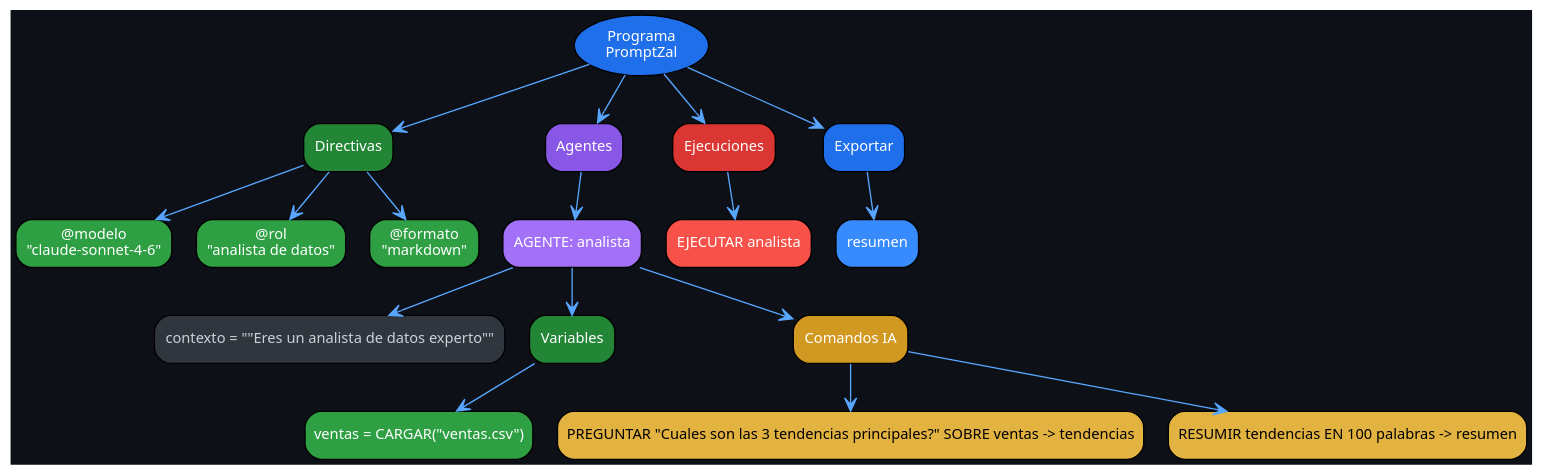
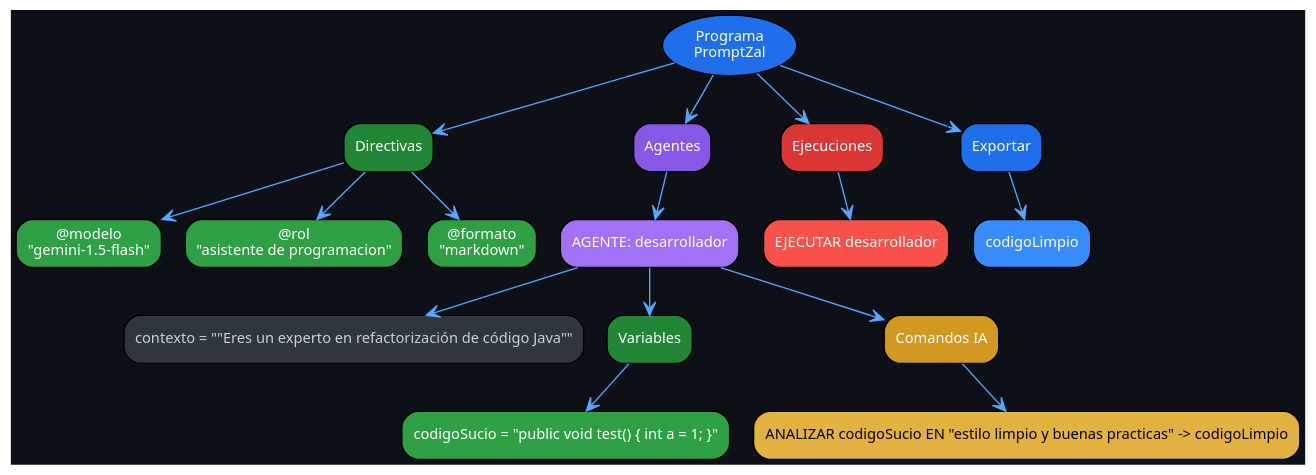
One commit to rxitumul/proyecto_lenguajes_2 changed the diagram in reportes/ast.dot. Above: the diagram before and after it, drawn with Graphviz. The commit also changed 77 other files, not shown here.

```diff
--- a/reportes/ast.dot
+++ b/reportes/ast.dot
@@ -1,40 +1,38 @@
 digraph AST_PromptZal {
   rankdir=TB;
   bgcolor="#0d1117";
   node [shape=box, style="filled,rounded", fontname="Segoe UI", fontsize=11, fontcolor="#ffffff"];
   edge [color="#58a6ff", arrowhead=vee];
 
   node_1 [label="Programa\nPromptZal", fillcolor="#1f6feb", shape=ellipse];
   node_2 [label="Directivas", fillcolor="#238636"];
   node_1 -> node_2;
-  node_3 [label="@modelo\n\"claude-sonnet-4-6\"", fillcolor="#2ea043"];
+  node_3 [label="@modelo\n\"gemini-1.5-flash\"", fillcolor="#2ea043"];
   node_2 -> node_3;
-  node_4 [label="@rol\n\"analista de datos\"", fillcolor="#2ea043"];
+  node_4 [label="@rol\n\"asistente de programacion\"", fillcolor="#2ea043"];
   node_2 -> node_4;
   node_5 [label="@formato\n\"markdown\"", fillcolor="#2ea043"];
   node_2 -> node_5;
   node_6 [label="Agentes", fillcolor="#8957e5"];
   node_1 -> node_6;
-  node_7 [label="AGENTE: analista", fillcolor="#a371f7"];
+  node_7 [label="AGENTE: desarrollador", fillcolor="#a371f7"];
   node_6 -> node_7;
-  node_8 [label="contexto = \"\"Eres un analista de datos experto\"\"", fillcolor="#30363d", fontcolor="#c9d1d9"];
+  node_8 [label="contexto = \"\"Eres un experto en refactorización de código Java\"\"", fillcolor="#30363d", fontcolor="#c9d1d9"];
   node_7 -> node_8;
   node_9 [label="Variables", fillcolor="#238636"];
   node_7 -> node_9;
-  node_10 [label="ventas = CARGAR(\"ventas.csv\")", fillcolor="#2ea043"];
+  node_10 [label="codigoSucio = \"public void test() { int a = 1; }\"", fillcolor="#2ea043"];
   node_9 -> node_10;
   node_11 [label="Comandos IA", fillcolor="#d29922"];
   node_7 -> node_11;
-  node_12 [label="PREGUNTAR \"Cuales son las 3 tendencias principales?\" SOBRE ventas -> tendencias", fillcolor="#e3b341", fontcolor="#000000"];
+  node_12 [label="ANALIZAR codigoSucio EN \"estilo limpio y buenas practicas\" -> codigoLimpio", fillcolor="#e3b341", fontcolor="#000000"];
   node_11 -> node_12;
-  node_13 [label="RESUMIR tendencias EN 100 palabras -> resumen", fillcolor="#e3b341", fontcolor="#000000"];
-  node_11 -> node_13;
-  node_14 [label="Ejecuciones", fillcolor="#da3633"];
-  node_1 -> node_14;
-  node_15 [label="EJECUTAR analista", fillcolor="#f85149"];
-  node_14 -> node_15;
-  node_16 [label="Exportar", fillcolor="#1f6feb"];
-  node_1 -> node_16;
-  node_17 [label="resumen", fillcolor="#388bfd"];
-  node_16 -> node_17;
+  node_13 [label="Ejecuciones", fillcolor="#da3633"];
+  node_1 -> node_13;
+  node_14 [label="EJECUTAR desarrollador", fillcolor="#f85149"];
+  node_13 -> node_14;
+  node_15 [label="Exportar", fillcolor="#1f6feb"];
+  node_1 -> node_15;
+  node_16 [label="codigoLimpio", fillcolor="#388bfd"];
+  node_15 -> node_16;
 }
```
